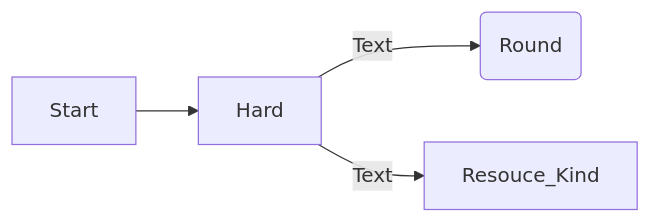
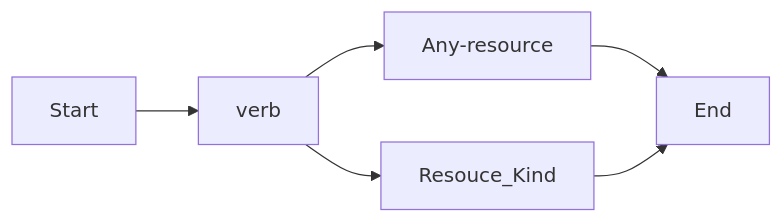
Before and after one commit to nonsugar-go/study: the diagram in cloud-computing/oci/iam.md, drawn with Mermaid.

````diff
--- a/cloud-computing/oci/iam.md
+++ b/cloud-computing/oci/iam.md
@@ -7,7 +7,9 @@
 ```mermaid
 flowchart LR
 
 Start --> verb
-verb[Hard] -->|Text| Any-resource(Round)
-verb[Hard] -->|Text| Resouce_Kind
+verb --> Any-resource
+verb --> Resouce_Kind
+Any-resource --> End
+Resouce_Kind --> End
 ```
````
